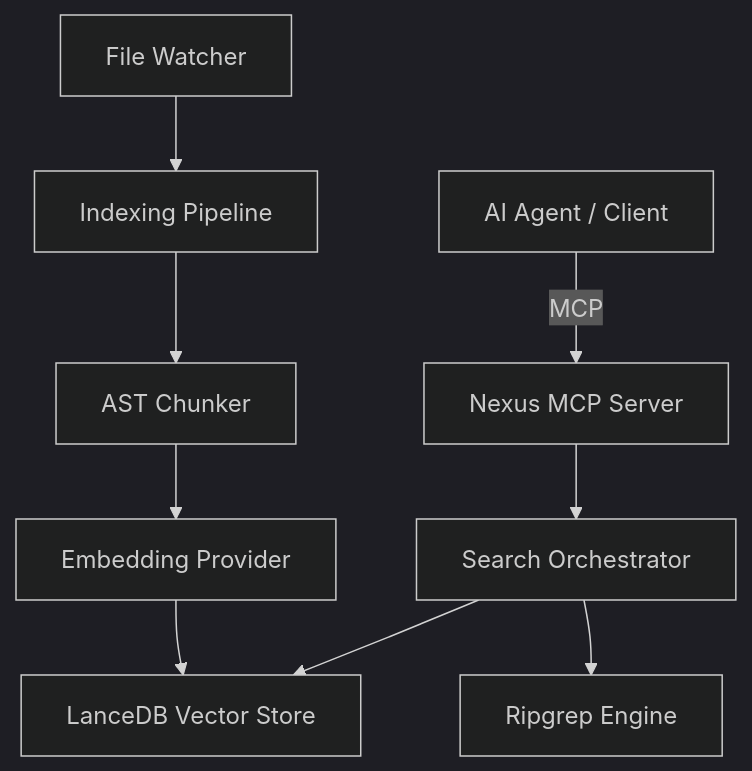
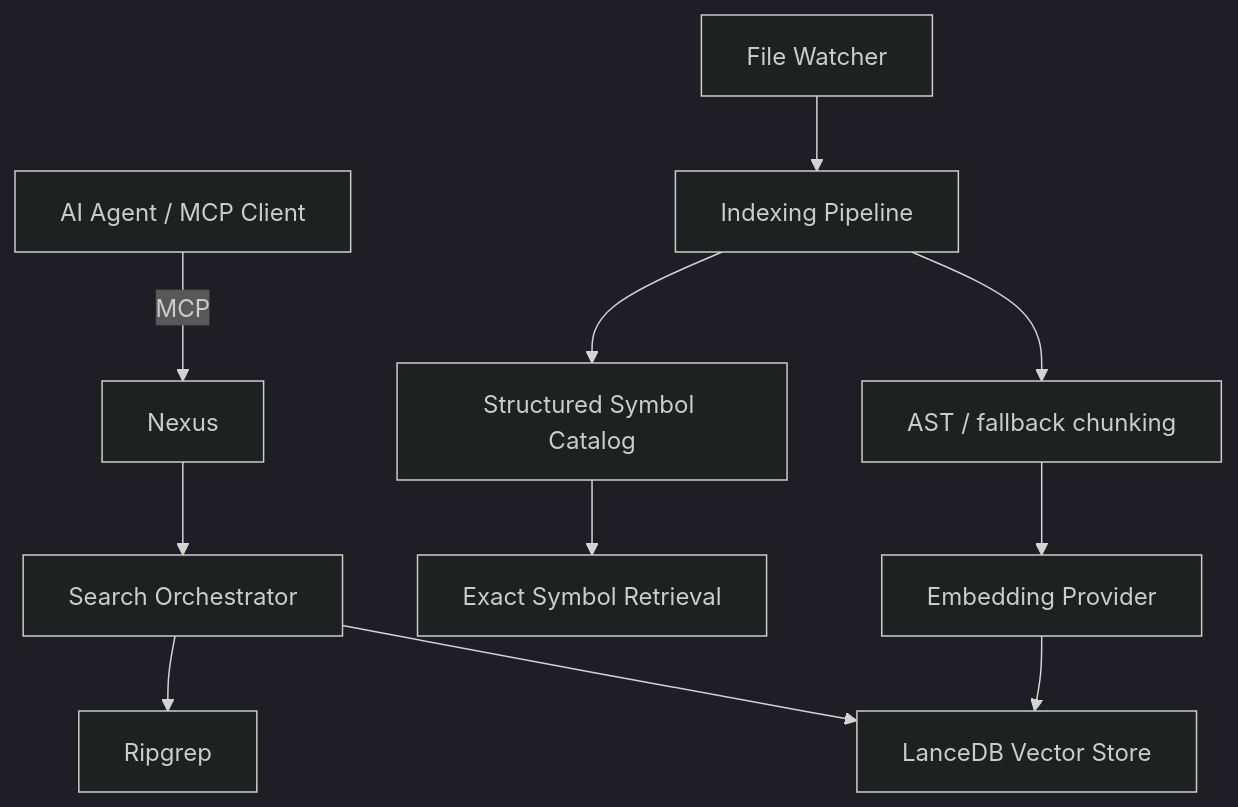
The diagram in README.md (yohi/multi-agent-codebase-index), drawn with Mermaid (dark theme) before and after one commit. The commit also changed other lines of this file, not shown here.

````diff
--- a/README.md
+++ b/README.md
@@ -421,11 +108,13 @@
 ```mermaid
 graph TD
-    Client[AI Agent / Client] -->|MCP| Server[Nexus MCP Server]
+    Client[AI Agent / MCP Client] -->|MCP| Server[Nexus]
     Server --> Search[Search Orchestrator]
     Search --> Vector[LanceDB Vector Store]
-    Search --> Grep[Ripgrep Engine]
+    Search --> Grep[Ripgrep]
     Watcher[File Watcher] --> Pipeline[Indexing Pipeline]
-    Pipeline --> Chunker[AST Chunker]
+    Pipeline --> Chunker[AST / fallback chunking]
     Chunker --> Embed[Embedding Provider]
     Embed --> Vector
+    Pipeline --> Structured[Structured Symbol Catalog]
+    Structured --> Exact[Exact Symbol Retrieval]
 ```
````
